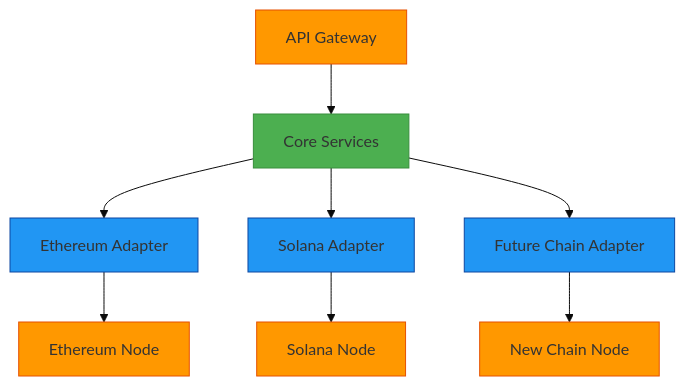
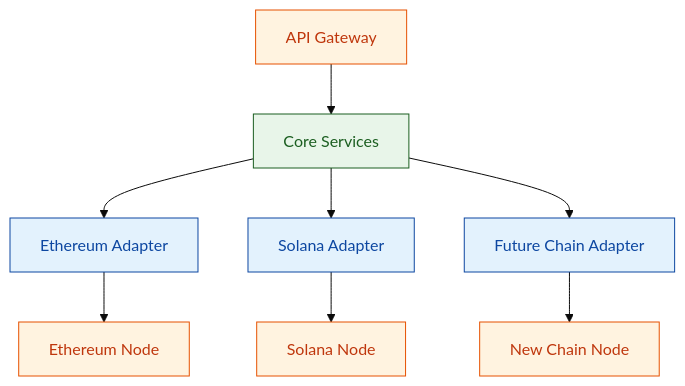
One commit to ljg-cqu/knowledge changed the first of 3 diagrams in Workplace/Interview/Blockchain/Posts/RustDeveloper/RustSeniorDev/QA/Roadmap/Qwen3Max.md. Above: the diagram before and after it, drawn with Mermaid (base theme). The commit also changed other lines of this file and 19 other files, not shown here.

````diff
--- a/Workplace/Interview/Blockchain/Posts/RustDeveloper/RustSeniorDev/QA/Roadmap/Qwen3Max.md
+++ b/Workplace/Interview/Blockchain/Posts/RustDeveloper/RustSeniorDev/QA/Roadmap/Qwen3Max.md
@@ -42,18 +49,18 @@
 ```mermaid
 flowchart TD
     A[API Gateway] --> B[Core Services]
     B --> C[Ethereum Adapter]
     B --> D[Solana Adapter]
     B --> E[Future Chain Adapter]
     C --> F[Ethereum Node]
     D --> G[Solana Node]
     E --> H[New Chain Node]
     
-    classDef core fill:#4CAF50,stroke:#388E3C
-    classDef adapter fill:#2196F3,stroke:#0D47A1
-    classDef node fill:#FF9800,stroke:#E65100
+    classDef core fill:#E8F5E9,stroke:#1B5E20,color:#1B5E20
+    classDef adapter fill:#E3F2FD,stroke:#0D47A1,color:#0D47A1
+    classDef node fill:#FFF3E0,stroke:#E65100,color:#BF360C
     
     class B core
     class C,D,E adapter
     class F,G,H node
 ```
````
